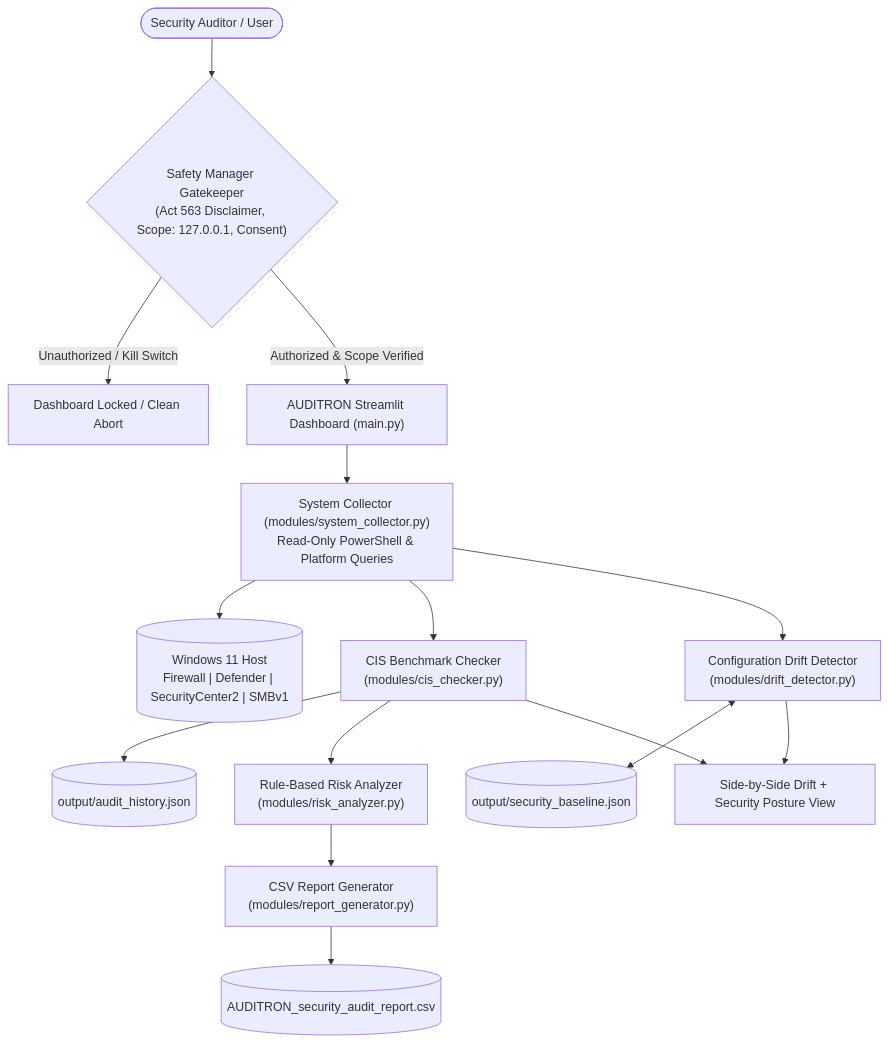
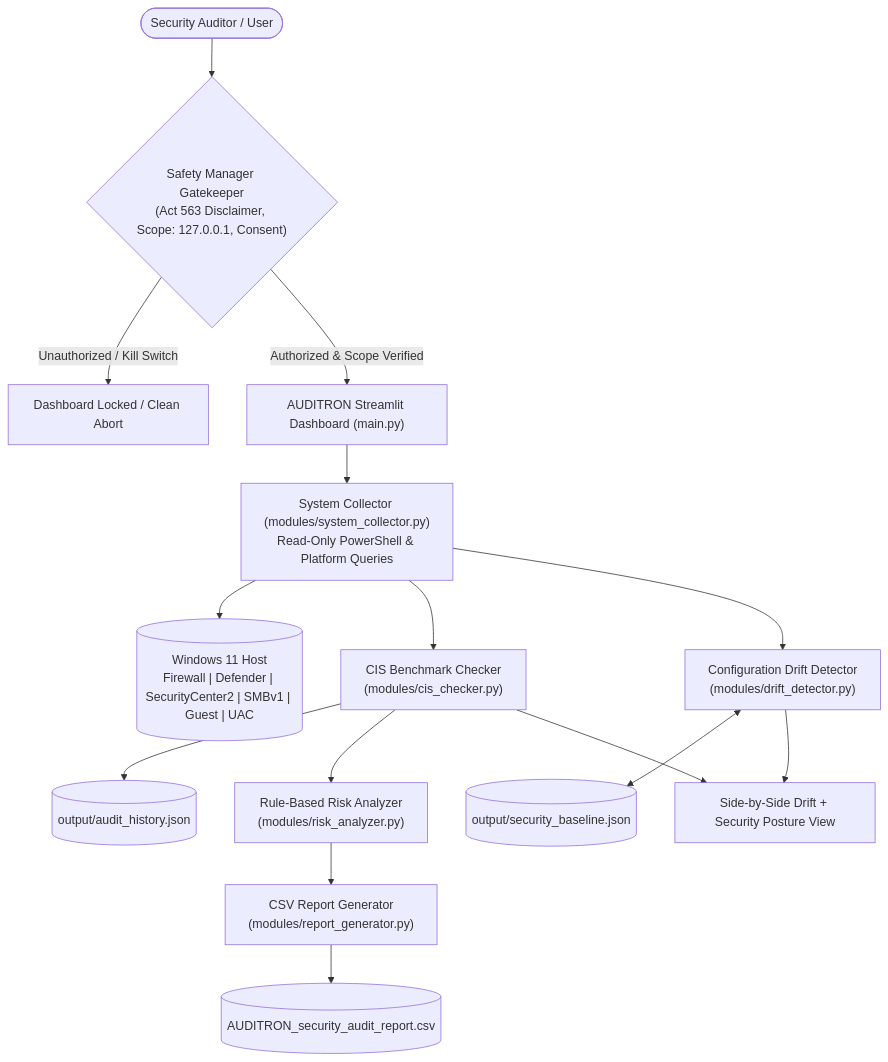
Before and after one commit to auditronproject/AUDITRON: the diagram in README.md, drawn with Mermaid. The commit also changed other lines of this file and 6 other files, not shown here.

Commit message:
Adding Guest Account and UAC checks.

````diff
--- a/README.md
+++ b/README.md
@@ -180,21 +182,21 @@
 ```mermaid
 flowchart TD
     User(["Security Auditor / User"]) --> Gate{"Safety Manager Gatekeeper<br/>(Act 563 Disclaimer, Scope: 127.0.0.1, Consent)"}
     Gate -- "Unauthorized / Kill Switch" --> Blocked["Dashboard Locked / Clean Abort"]
     Gate -- "Authorized & Scope Verified" --> UI["AUDITRON Streamlit Dashboard (main.py)"]
 
     UI --> Collector["System Collector (modules/system_collector.py)<br/>Read-Only PowerShell & Platform Queries"]
-    Collector --> WinAPI[("Windows 11 Host<br/>Firewall | Defender | SecurityCenter2 | SMBv1")]
+    Collector --> WinAPI[("Windows 11 Host<br/>Firewall | Defender | SecurityCenter2 | SMBv1 | Guest | UAC")]
 
     Collector --> CIS["CIS Benchmark Checker<br/>(modules/cis_checker.py)"]
     Collector --> Drift["Configuration Drift Detector<br/>(modules/drift_detector.py)"]
 
     Drift <--> Baseline[("output/security_baseline.json")]
     CIS --> History[("output/audit_history.json")]
     CIS --> Risk["Rule-Based Risk Analyzer<br/>(modules/risk_analyzer.py)"]
     CIS --> DriftPair["Side-by-Side Drift + Security Posture View"]
     Drift --> DriftPair
 
     Risk --> Report["CSV Report Generator<br/>(modules/report_generator.py)"]
     Report --> CSV[("AUDITRON_security_audit_report.csv")]
 ```
````
